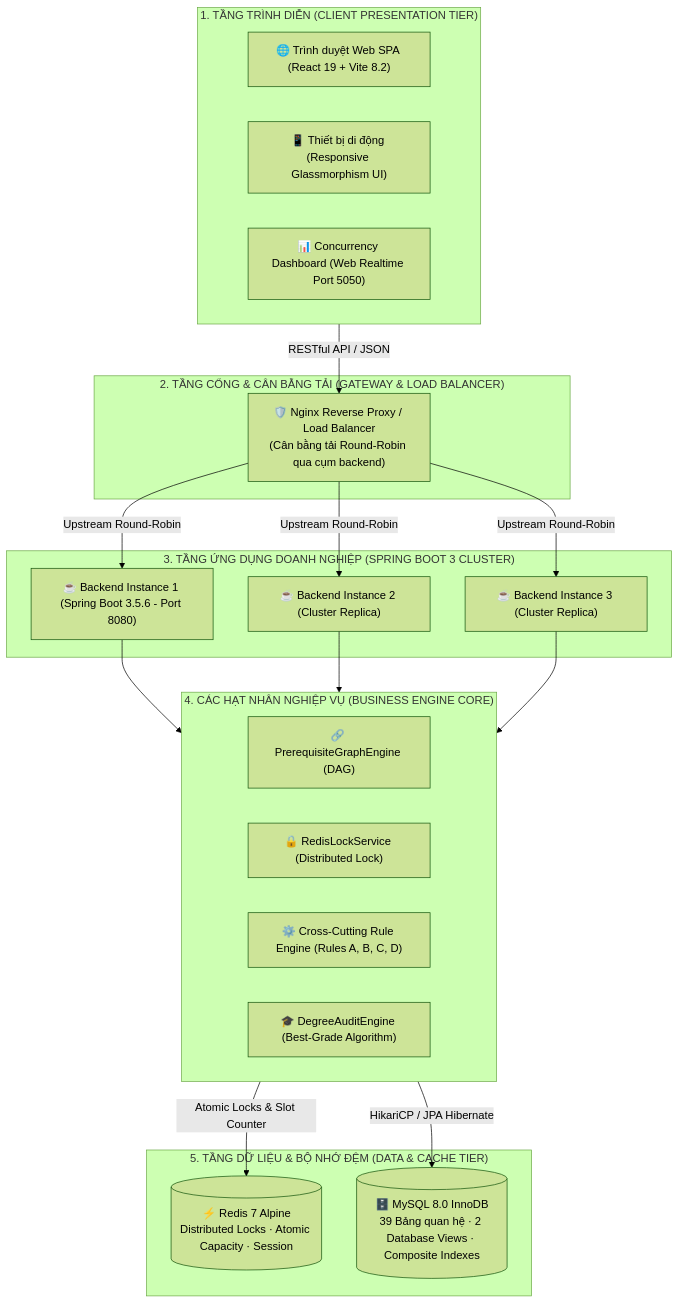
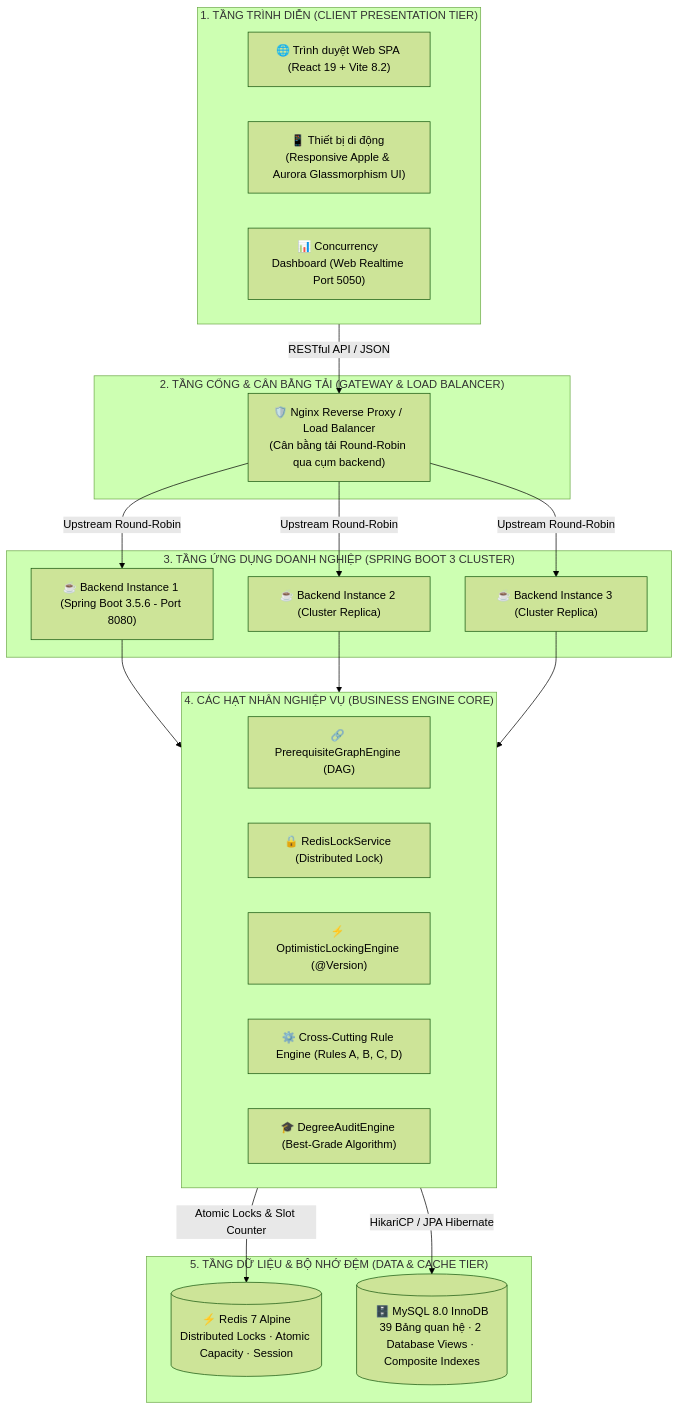
One commit to DevMarkie/DoAnChuyenNganh changed the first of 3 diagrams in README.md. Above: the diagram before and after it, drawn with Mermaid (forest theme). The commit also changed other lines of this file, not shown here.

````diff
--- a/README.md
+++ b/README.md
@@ -61,39 +63,40 @@
 ```mermaid
 flowchart TD
     subgraph ClientLayer ["1. TẦNG TRÌNH DIỄN (CLIENT PRESENTATION TIER)"]
         Browser["🌐 Trình duyệt Web SPA (React 19 + Vite 8.2)"]
-        Mobile["📱 Thiết bị di động (Responsive Glassmorphism UI)"]
+        Mobile["📱 Thiết bị di động (Responsive Apple & Aurora Glassmorphism UI)"]
         LoadTestUI["📊 Concurrency Dashboard (Web Realtime Port 5050)"]
     end
 
     subgraph GatewayLayer ["2. TẦNG CỔNG & CÂN BẰNG TẢI (GATEWAY & LOAD BALANCER)"]
         Nginx["🛡️ Nginx Reverse Proxy / Load Balancer\n(Cân bằng tải Round-Robin qua cụm backend)"]
     end
 
     subgraph AppLayer ["3. TẦNG ỨNG DỤNG DOANH NGHIỆP (SPRING BOOT 3 CLUSTER)"]
         Backend1["☕ Backend Instance 1 (Spring Boot 3.5.6 - Port 8080)"]
         Backend2["☕ Backend Instance 2 (Cluster Replica)"]
         Backend3["☕ Backend Instance 3 (Cluster Replica)"]
     end
 
     subgraph ServiceCore ["4. CÁC HẠT NHÂN NGHIỆP VỤ (BUSINESS ENGINE CORE)"]
         DAGEngine["🔗 PrerequisiteGraphEngine (DAG)"]
         LockService["🔒 RedisLockService (Distributed Lock)"]
+        OptLock["⚡ OptimisticLockingEngine (@Version)"]
         RuleEngine["⚙️ Cross-Cutting Rule Engine (Rules A, B, C, D)"]
         AuditEngine["🎓 DegreeAuditEngine (Best-Grade Algorithm)"]
     end
 
     subgraph DataLayer ["5. TẦNG DỮ LIỆU & BỘ NHỚ ĐỆM (DATA & CACHE TIER)"]
         Redis[("⚡ Redis 7 Alpine\nDistributed Locks · Atomic Capacity · Session")]
         MySQL[("🗄️ MySQL 8.0 InnoDB\n39 Bảng quan hệ · 2 Database Views · Composite Indexes")]
     end
 
     ClientLayer -->|RESTful API / JSON| Nginx
     Nginx -->|Upstream Round-Robin| Backend1
     Nginx -->|Upstream Round-Robin| Backend2
     Nginx -->|Upstream Round-Robin| Backend3
 
     Backend1 & Backend2 & Backend3 --> ServiceCore
     ServiceCore -->|Atomic Locks & Slot Counter| Redis
     ServiceCore -->|HikariCP / JPA Hibernate| MySQL
 ```
````
